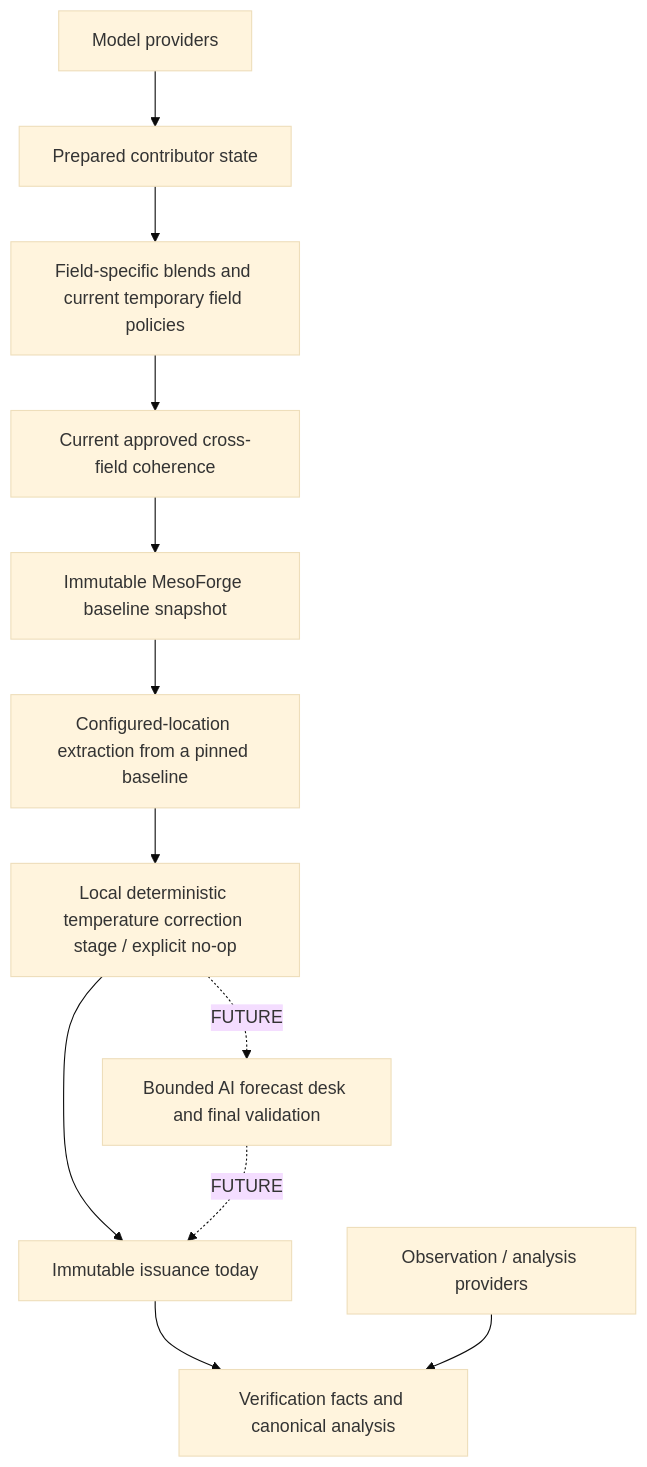
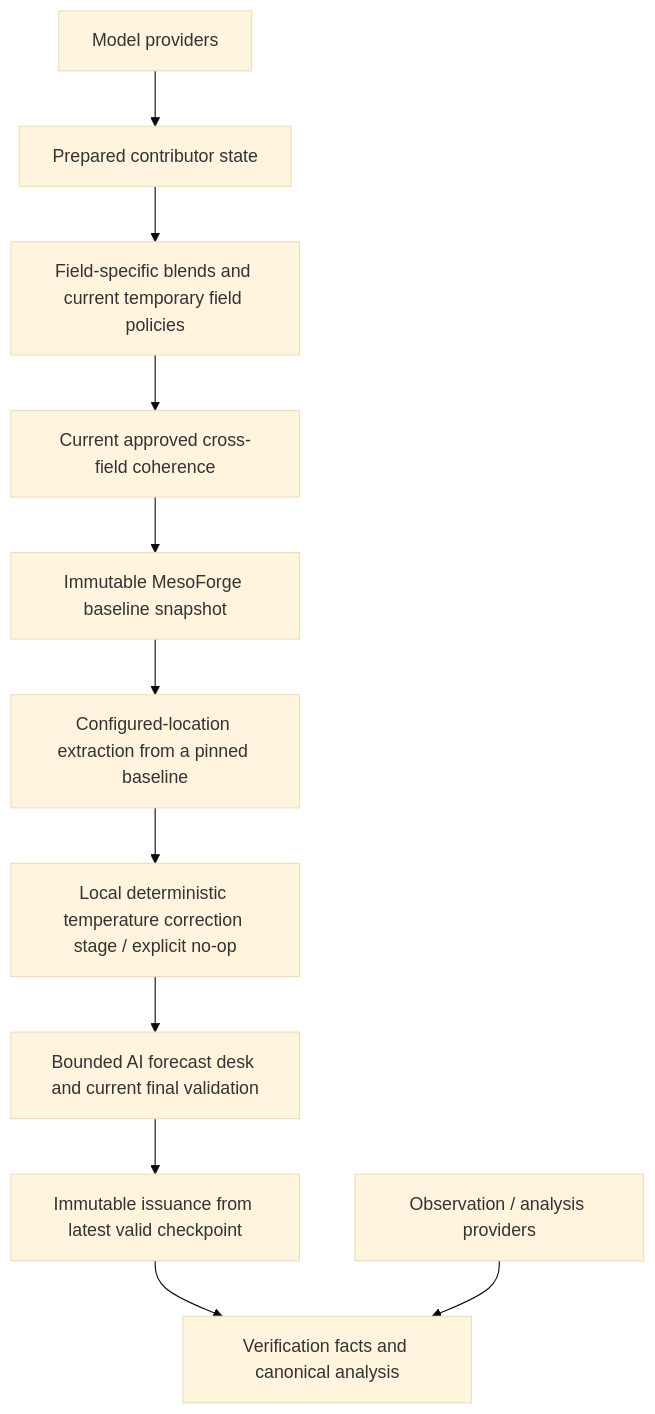
The first of 3 diagrams in ARCHITECTURE.md (Tony-Ingle/mesoforge), drawn with Mermaid (base theme) before and after one commit. The commit also changed other lines of this file and 37 other files, not shown here.

````diff
--- a/ARCHITECTURE.md
+++ b/ARCHITECTURE.md
@@ -31,14 +31,13 @@
 ```mermaid
 flowchart TD
     P[Model providers] --> C[Prepared contributor state]
     C --> F[Field-specific blends and current temporary field policies]
     F --> H[Current approved cross-field coherence]
     H --> B[Immutable MesoForge baseline snapshot]
     B --> L[Configured-location extraction from a pinned baseline]
     L --> S[Local deterministic temperature correction stage / explicit no-op]
-    S -. FUTURE .-> A[Bounded AI forecast desk and final validation]
-    S --> I[Immutable issuance today]
-    A -. FUTURE .-> I
+    S --> A[Bounded AI forecast desk and current final validation]
+    A --> I[Immutable issuance from latest valid checkpoint]
     I --> V[Verification facts and canonical analysis]
     O[Observation / analysis providers] --> V
 ```
````
